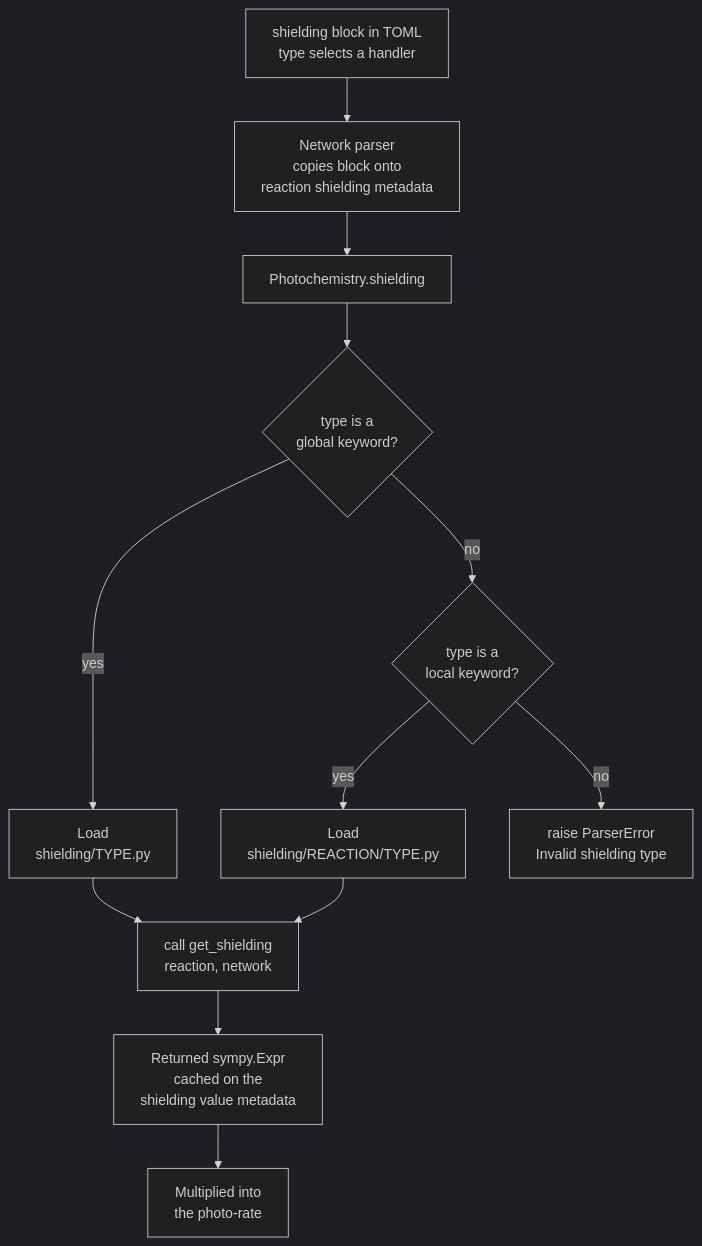
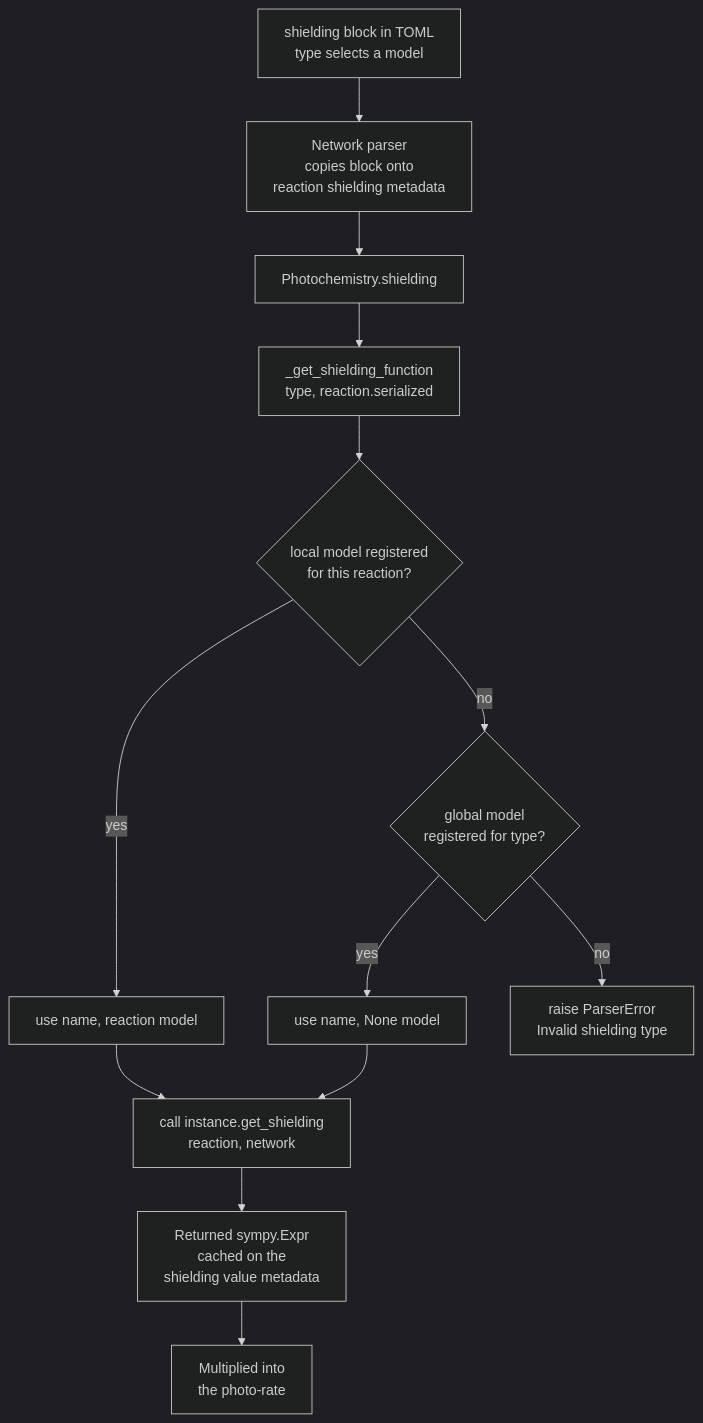
One commit to XRByte/jaff changed the diagram in docs/development/adding-shielding-functions.md. Above: the diagram before and after it, drawn with Mermaid (dark theme). The commit also changed other lines of this file and 130 other files, not shown here.

First line of the commit message:
Bug-fix/photo reaction detection (#103)

````diff
--- a/docs/development/adding-shielding-functions.md
+++ b/docs/development/adding-shielding-functions.md
@@ -33,14 +38,15 @@
 ```mermaid
 flowchart TD
-    A[shielding block in TOML\ntype selects a handler] --> B[Network parser\ncopies block onto\nreaction shielding metadata]
+    A[shielding block in TOML\ntype selects a model] --> B[Network parser\ncopies block onto\nreaction shielding metadata]
     B --> C[Photochemistry.shielding]
-    C --> D{type is a\nglobal keyword?}
-    D -- yes --> E[Load\nshielding/TYPE.py]
-    D -- no --> F{type is a\nlocal keyword?}
-    F -- yes --> G[Load\nshielding/REACTION/TYPE.py]
-    F -- no --> H[raise ParserError\nInvalid shielding type]
-    E --> I[call get_shielding\nreaction, network]
-    G --> I
-    I --> J[Returned sympy.Expr\ncached on the\nshielding value metadata]
-    J --> K[Multiplied into\nthe photo-rate]
+    C --> D[_get_shielding_function\ntype, reaction.serialized]
+    D --> E{local model registered\nfor this reaction?}
+    E -- yes --> F[use name, reaction model]
+    E -- no --> G{global model\nregistered for type?}
+    G -- yes --> H[use name, None model]
+    G -- no --> I[raise ParserError\nInvalid shielding type]
+    F --> J[call instance.get_shielding\nreaction, network]
+    H --> J
+    J --> K[Returned sympy.Expr\ncached on the\nshielding value metadata]
+    K --> L[Multiplied into\nthe photo-rate]
 ```
````
